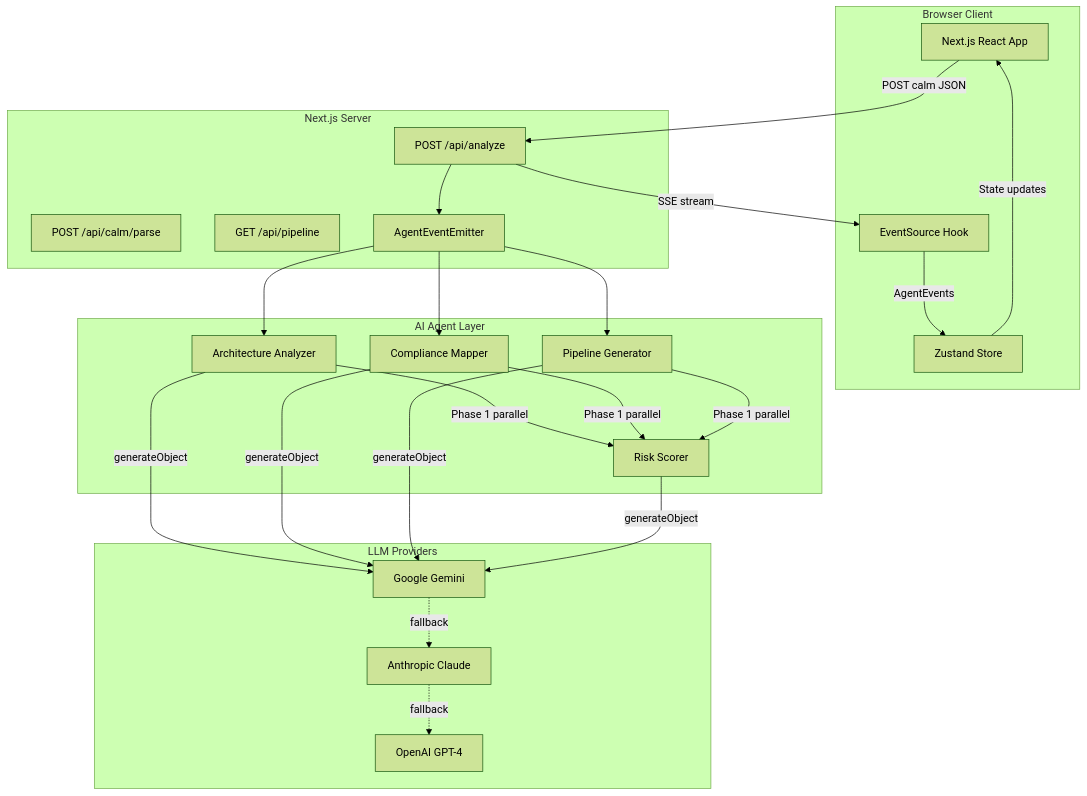
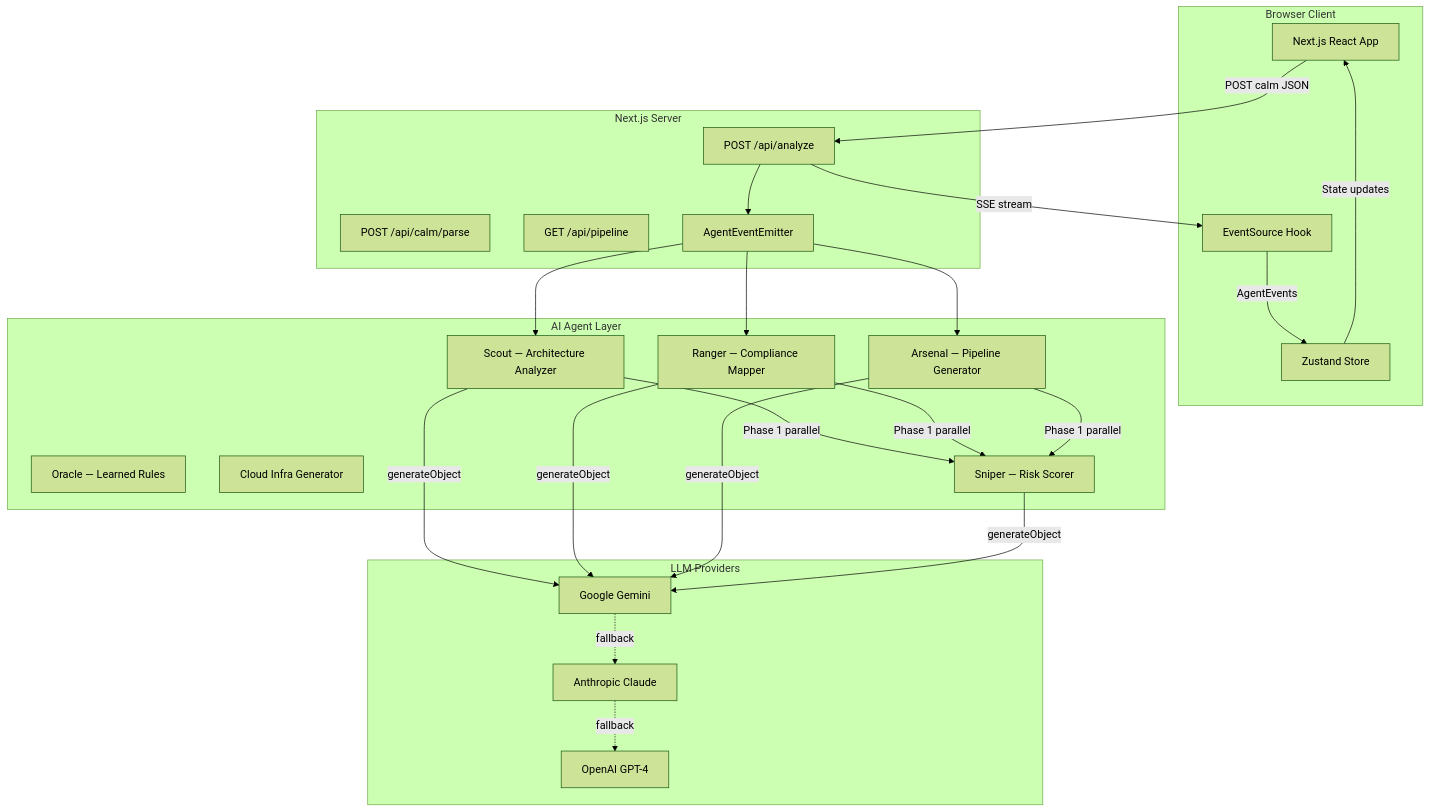
Before and after one commit to opsflo/calmguard: the first of 2 diagrams in docs/docs/architecture/system-overview.md, drawn with Mermaid (forest theme). The commit also changed 4 other files, not shown here.

````diff
--- a/docs/docs/architecture/system-overview.md
+++ b/docs/docs/architecture/system-overview.md
@@ -27,46 +27,48 @@
 ```mermaid
 graph TB
     subgraph Client ["Browser Client"]
         UI[Next.js React App]
         ES[EventSource Hook]
         ZS[Zustand Store]
     end
 
     subgraph Server ["Next.js Server"]
         AR[POST /api/analyze]
         PR[POST /api/calm/parse]
         PIR[GET /api/pipeline]
         EE[AgentEventEmitter]
     end
 
     subgraph Agents ["AI Agent Layer"]
-        AA[Architecture Analyzer]
-        CM[Compliance Mapper]
-        PG[Pipeline Generator]
-        RS[Risk Scorer]
+        ORC[Oracle — Learned Rules]
+        AA[Scout — Architecture Analyzer]
+        CM[Ranger — Compliance Mapper]
+        PG[Arsenal — Pipeline Generator]
+        CI[Cloud Infra Generator]
+        RS[Sniper — Risk Scorer]
     end
 
     subgraph LLM ["LLM Providers"]
         GM[Google Gemini]
         AN[Anthropic Claude]
         OA[OpenAI GPT-4]
     end
 
     UI -->|POST calm JSON| AR
     AR -->|SSE stream| ES
     ES -->|AgentEvents| ZS
     ZS -->|State updates| UI
     AR --> EE
     EE --> AA
     EE --> CM
     EE --> PG
     AA -->|Phase 1 parallel| RS
     CM -->|Phase 1 parallel| RS
     PG -->|Phase 1 parallel| RS
     AA -->|generateObject| GM
     CM -->|generateObject| GM
     PG -->|generateObject| GM
     RS -->|generateObject| GM
     GM -.->|fallback| AN
     AN -.->|fallback| OA
 ```
````
